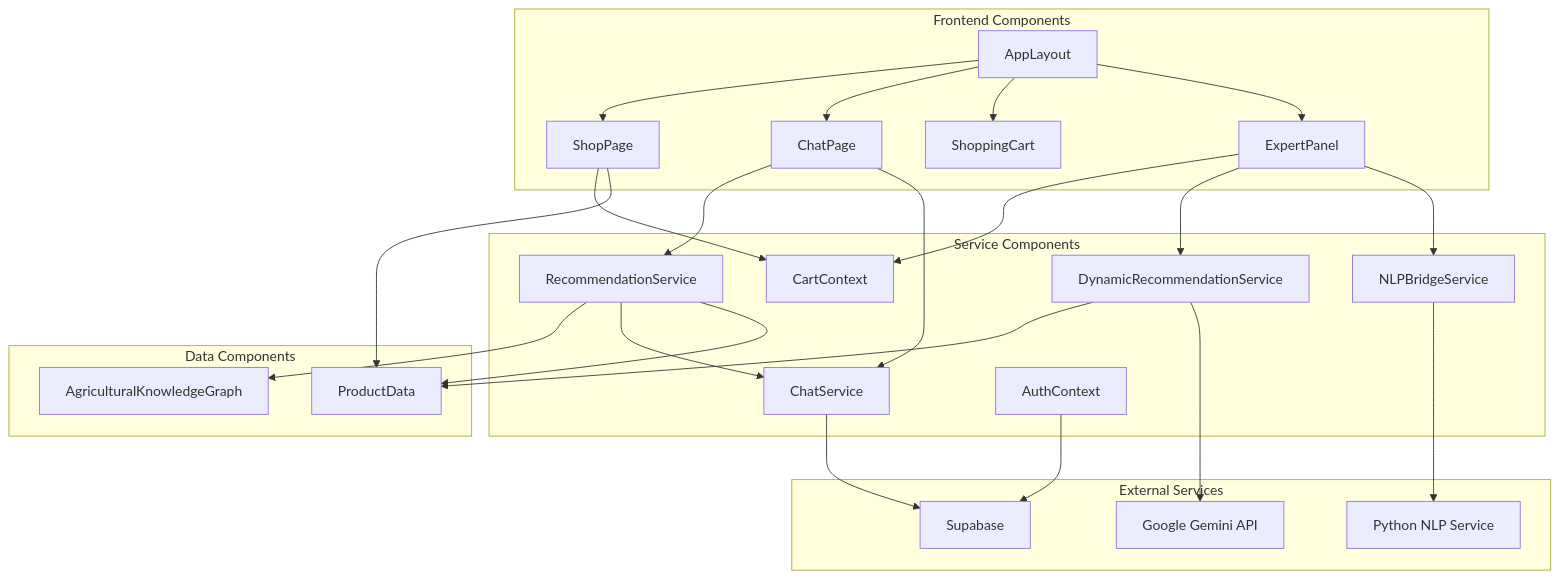
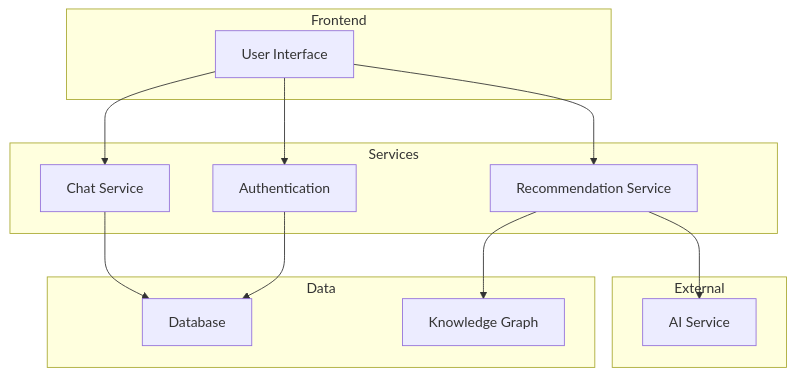
One commit to Gauravkrsah/Cropsay changed the seventh of 7 diagrams in documentation/digram.md. Above: the diagram before and after it, drawn with Mermaid. The commit also changed other lines of this file, not shown here.

Commit message:
Simplify and clean up system diagrams for better readability

````diff
--- a/documentation/digram.md
+++ b/documentation/digram.md
@@ -525,57 +219,30 @@
 ```mermaid
 graph TD
-    subgraph "Frontend Components"
-        AppLayout[AppLayout]
-        ExpertPanel[ExpertPanel]
-        ShoppingCart[ShoppingCart]
-        ChatPage[ChatPage]
-        ShopPage[ShopPage]
+    subgraph "Frontend"
+        UI[User Interface]
     end
     
-    subgraph "Service Components"
-        RecService[RecommendationService]
-        DynamicRecService[DynamicRecommendationService]
-        NLPBridge[NLPBridgeService]
-        ChatService[ChatService]
-        AuthContext[AuthContext]
-        CartContext[CartContext]
+    subgraph "Services"
+        RecService[Recommendation Service]
+        ChatService[Chat Service]
+        AuthService[Authentication]
     end
     
-    subgraph "Data Components"
-        ProductData[ProductData]
-        KnowledgeGraph[AgriculturalKnowledgeGraph]
+    subgraph "Data"
+        DB[Database]
+        KG[Knowledge Graph]
     end
     
-    subgraph "External Services"
-        NLPService[Python NLP Service]
-        GeminiAPI[Google Gemini API]
-        Supabase[Supabase]
+    subgraph "External"
+        AI[AI Service]
     end
     
-    AppLayout --> ExpertPanel
-    AppLayout --> ShoppingCart
-    AppLayout --> ChatPage
-    AppLayout --> ShopPage
+    UI --> RecService
+    UI --> ChatService
+    UI --> AuthService
     
-    ExpertPanel --> NLPBridge
-    ExpertPanel --> DynamicRecService
-    ExpertPanel --> CartContext
-    
-    ChatPage --> ChatService
-    ChatPage --> RecService
-    
-    ShopPage --> ProductData
-    ShopPage --> CartContext
-    
-    RecService --> ProductData
-    RecService --> ChatService
-    RecService --> KnowledgeGraph
-    
-    DynamicRecService --> GeminiAPI
-    DynamicRecService --> ProductData
-    
-    NLPBridge --> NLPService
-    
-    ChatService --> Supabase
-    AuthContext --> Supabase
+    RecService --> KG
+    RecService --> AI
+    ChatService --> DB
+    AuthService --> DB
 ```
````
